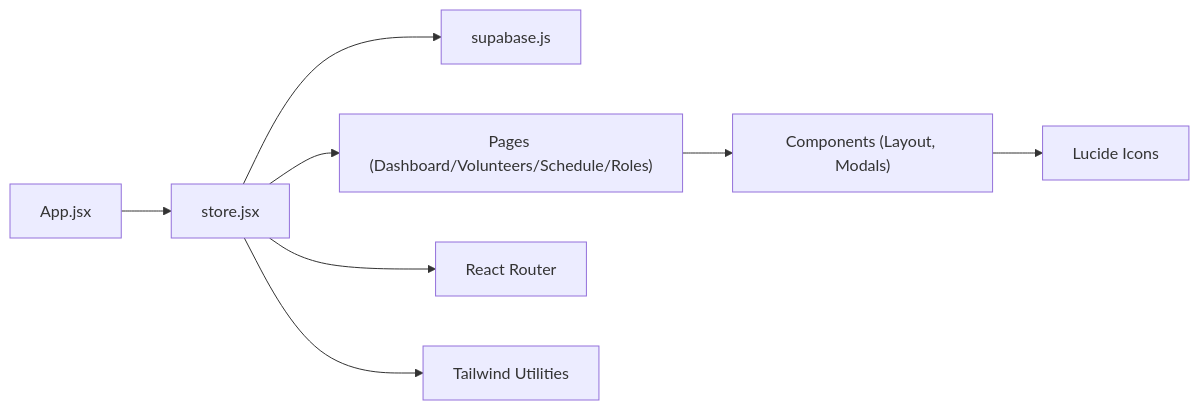
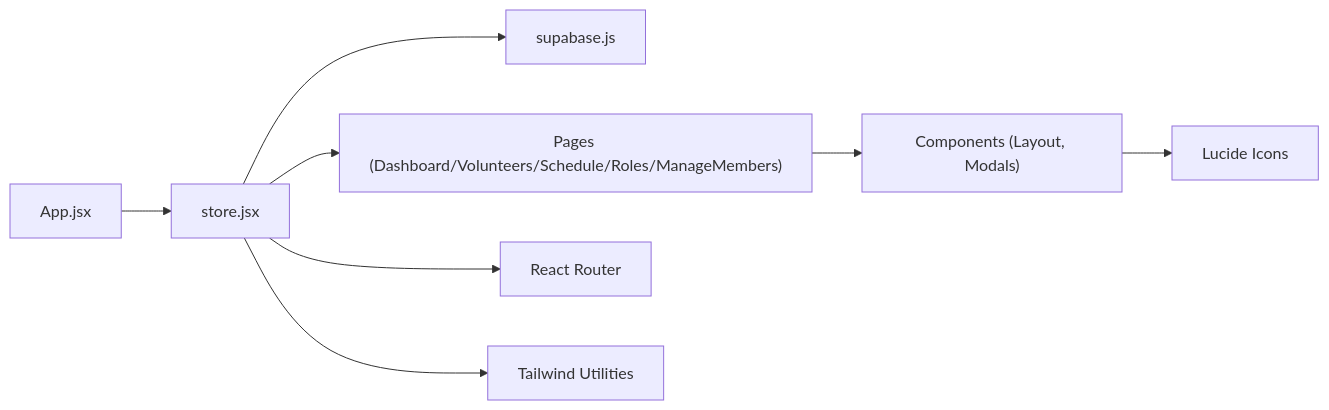
The ninth of 9 diagrams in .qoder/repowiki/en/content/Ministry Organization.md (netdaniel/serveflow), drawn with Mermaid before and after one commit. The commit also changed other lines of this file and 15 other files, not shown here.

````diff
--- a/.qoder/repowiki/en/content/Ministry Organization.md
+++ b/.qoder/repowiki/en/content/Ministry Organization.md
@@ -364,10 +449,10 @@
 ```mermaid
 graph LR
 App["App.jsx"] --> Store["store.jsx"]
 Store --> Supabase["supabase.js"]
-Store --> Pages["Pages (Dashboard/Volunteers/Schedule/Roles)"]
+Store --> Pages["Pages (Dashboard/Volunteers/Schedule/Roles/ManageMembers)"]
 Pages --> UI["Components (Layout, Modals)"]
 UI --> Icons["Lucide Icons"]
 Store --> Router["React Router"]
 Store --> Styles["Tailwind Utilities"]
 ```
````
